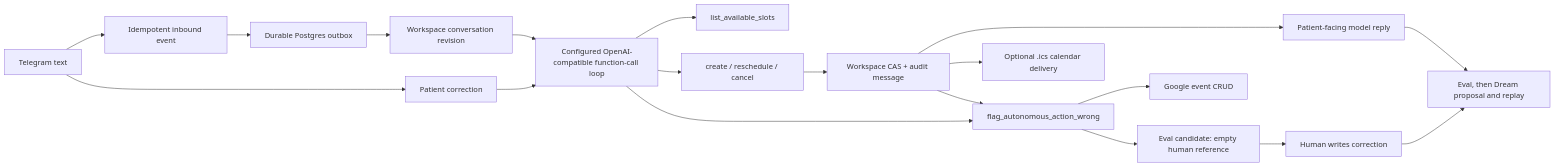
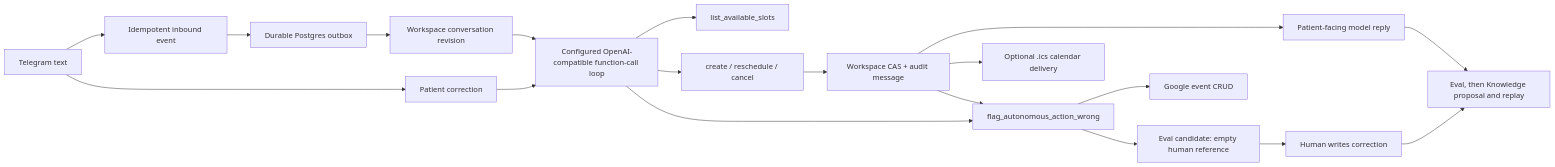
The diagram in docs/autonomous-booking-agent.md (BryanTheLai/codex-july-hackathon-official), drawn with Mermaid before and after one commit. The commit also changed other lines of this file and 139 other files, not shown here.

````diff
--- a/docs/autonomous-booking-agent.md
+++ b/docs/autonomous-booking-agent.md
@@ -21,21 +23,21 @@
 ```mermaid
 flowchart LR
   T[Telegram text] --> I[Idempotent inbound event]
   I --> O[Durable Postgres outbox]
   O --> W[Workspace conversation revision]
   W --> A[Configured OpenAI-compatible function-call loop]
   A --> S[list_available_slots]
   A --> B[create / reschedule / cancel]
   B --> C[Workspace CAS + audit message]
   C --> R[Patient-facing model reply]
   R --> D[Idempotent Telegram text delivery]
   C --> K[Optional .ics calendar delivery]
   C --> G[Optional Google Calendar sync job]
   G --> X[Google event CRUD]
   T --> F[Patient correction]
   F --> A
   A --> G[flag_autonomous_action_wrong]
   G --> E[Eval candidate: empty human reference]
   E --> H[Human writes correction]
-  H --> D[Eval, then Dream proposal and replay]
+  H --> D[Eval, then Knowledge proposal and replay]
 ```
````
